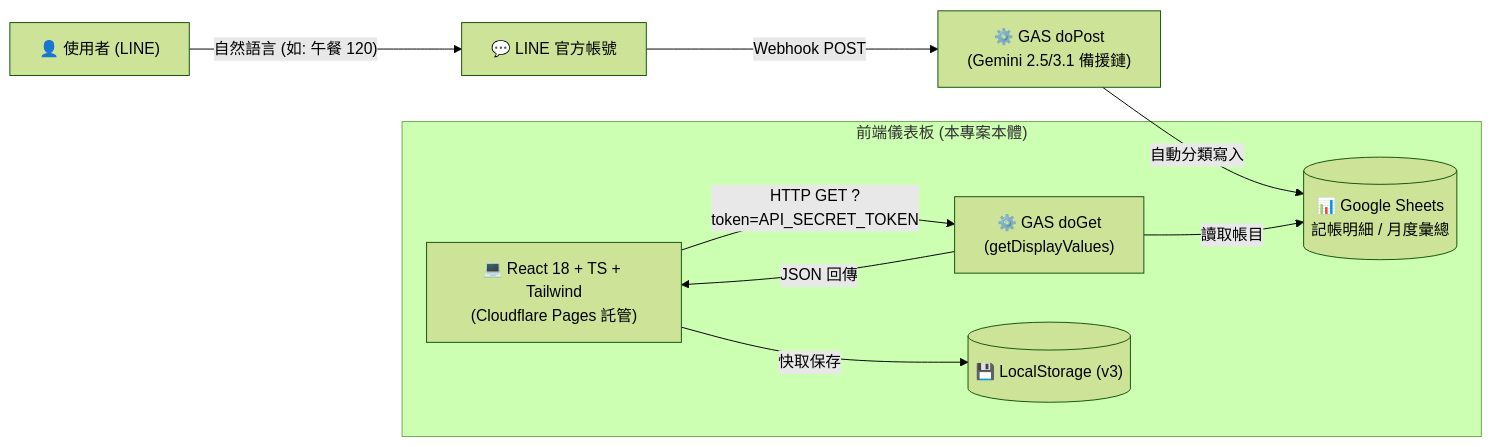
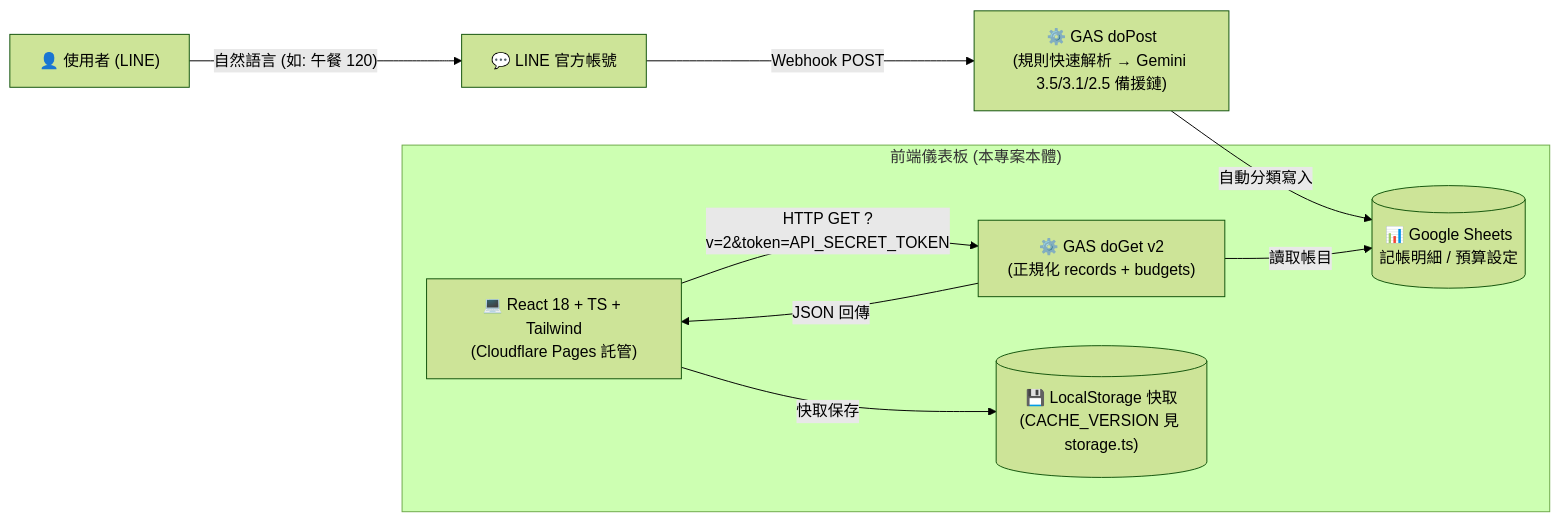
Before and after one commit to jason125457/Accout-Web-with-google-sheet-and-line-bot: the diagram in AGENTS.md, drawn with Mermaid (forest theme). The commit also changed other lines of this file and 11 other files, not shown here.

````diff
--- a/AGENTS.md
+++ b/AGENTS.md
@@ -12,14 +12,14 @@
 ```mermaid
 flowchart LR
     User["👤 使用者 (LINE)"] -->|"自然語言 (如: 午餐 120)"| LineBot["💬 LINE 官方帳號"]
-    LineBot -->|"Webhook POST"| GAS_POST["⚙️ GAS doPost<br/>(Gemini 2.5/3.1 備援鏈)"]
-    GAS_POST -->|"自動分類寫入"| Sheet[("📊 Google Sheets<br/>記帳明細 / 月度彙總")]
+    LineBot -->|"Webhook POST"| GAS_POST["⚙️ GAS doPost<br/>(規則快速解析 → Gemini 3.5/3.1/2.5 備援鏈)"]
+    GAS_POST -->|"自動分類寫入"| Sheet[("📊 Google Sheets<br/>記帳明細 / 預算設定")]
 
     subgraph "前端儀表板 (本專案本體)"
         Web["💻 React 18 + TS + Tailwind<br/>(Cloudflare Pages 託管)"]
-        Web -->|"HTTP GET ?token=API_SECRET_TOKEN"| GAS_GET["⚙️ GAS doGet<br/>(getDisplayValues)"]
+        Web -->|"HTTP GET ?v=2&token=API_SECRET_TOKEN"| GAS_GET["⚙️ GAS doGet v2<br/>(正規化 records + budgets)"]
         GAS_GET -->|"讀取帳目"| Sheet
         GAS_GET -->|"JSON 回傳"| Web
-        Web -->|"快取保存"| LocalStorage[("💾 LocalStorage (v3)")]
+        Web -->|"快取保存"| LocalStorage[("💾 LocalStorage 快取<br/>(CACHE_VERSION 見 storage.ts)")]
     end
 ```
````
